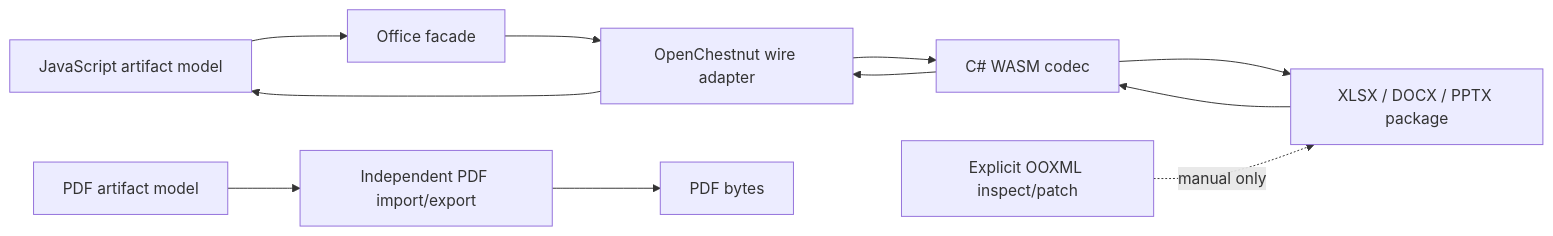
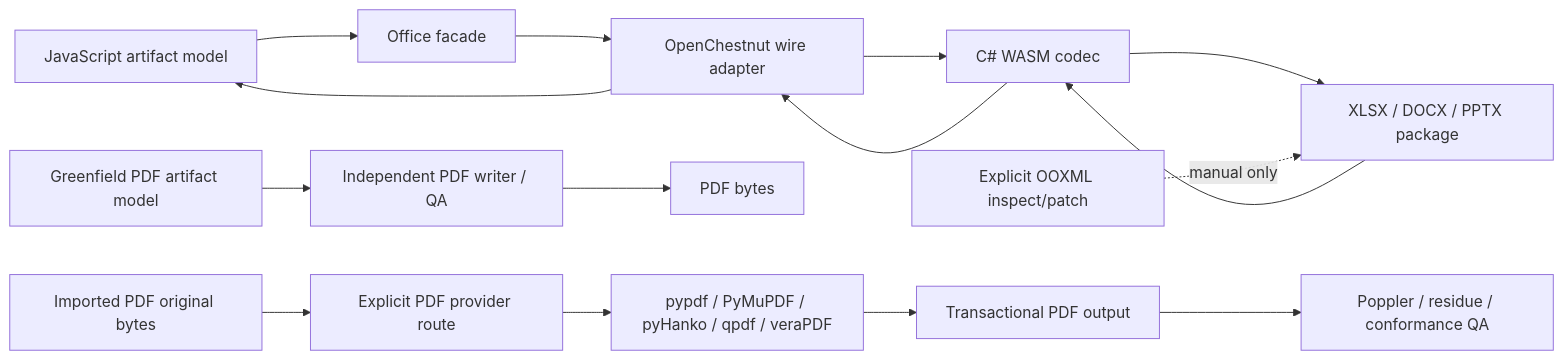
One commit to w31r4/OfficeKit changed the diagram in docs/reference-runtime-architecture.md. Above: the diagram before and after it, drawn with Mermaid. The commit also changed other lines of this file and 41 other files, not shown here.

Commit message:
Expand PDF skill provider workflows

````diff
--- a/docs/reference-runtime-architecture.md
+++ b/docs/reference-runtime-architecture.md
@@ -9,15 +9,19 @@
 ```mermaid
 flowchart LR
   A["JavaScript artifact model"] --> B["Office facade"]
   B --> C["OpenChestnut wire adapter"]
   C --> D["C# WASM codec"]
   D --> E["XLSX / DOCX / PPTX package"]
   E --> D
   D --> C
   C --> A
 
-  P["PDF artifact model"] --> Q["Independent PDF import/export"]
+  P["Greenfield PDF artifact model"] --> Q["Independent PDF writer / QA"]
   Q --> R["PDF bytes"]
+  S["Imported PDF original bytes"] --> T["Explicit PDF provider route"]
+  T --> U["pypdf / PyMuPDF / pyHanko / qpdf / veraPDF"]
+  U --> V["Transactional PDF output"]
+  V --> W["Poppler / residue / conformance QA"]
 
   I["Explicit OOXML inspect/patch"] -. "manual only" .-> E
 ```
````
